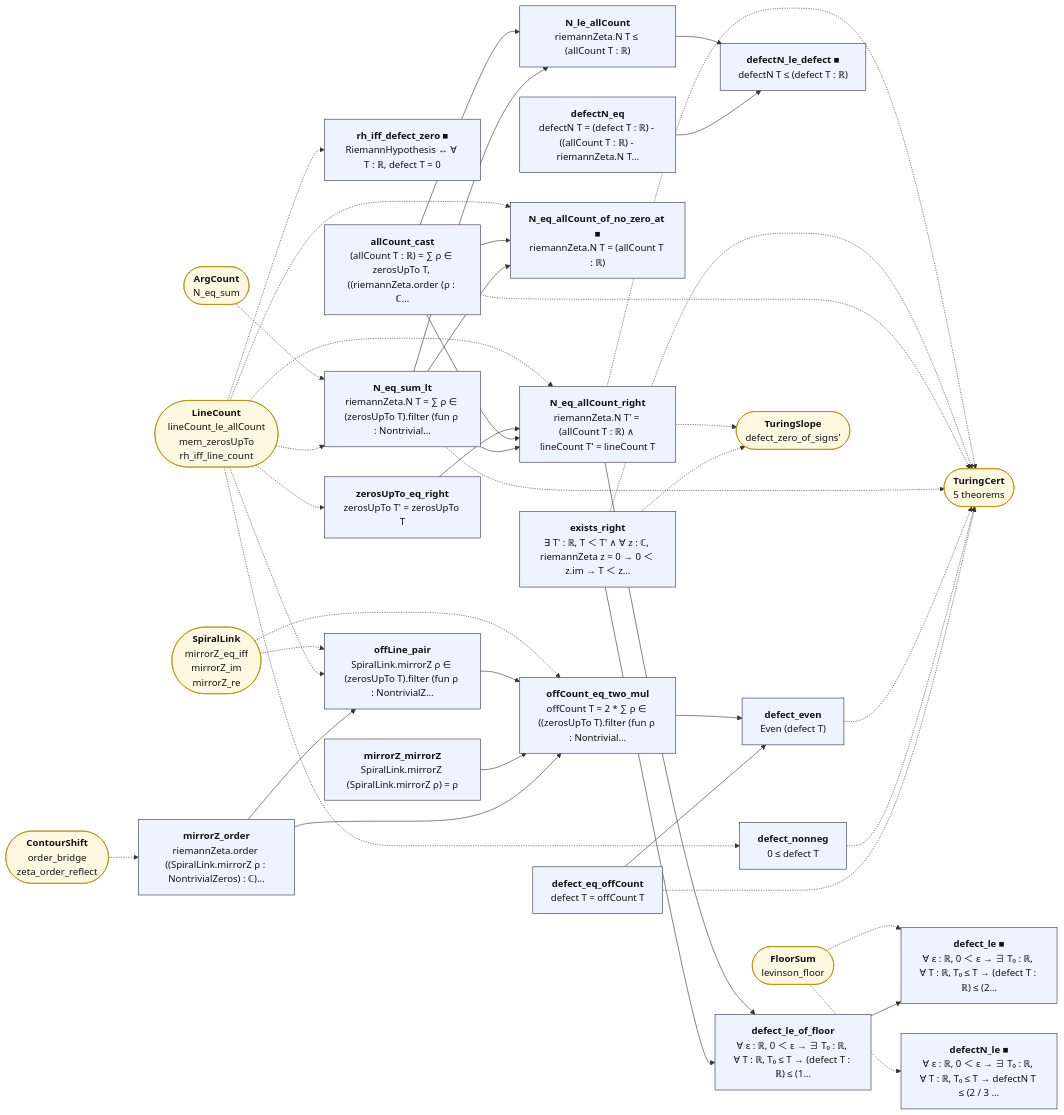
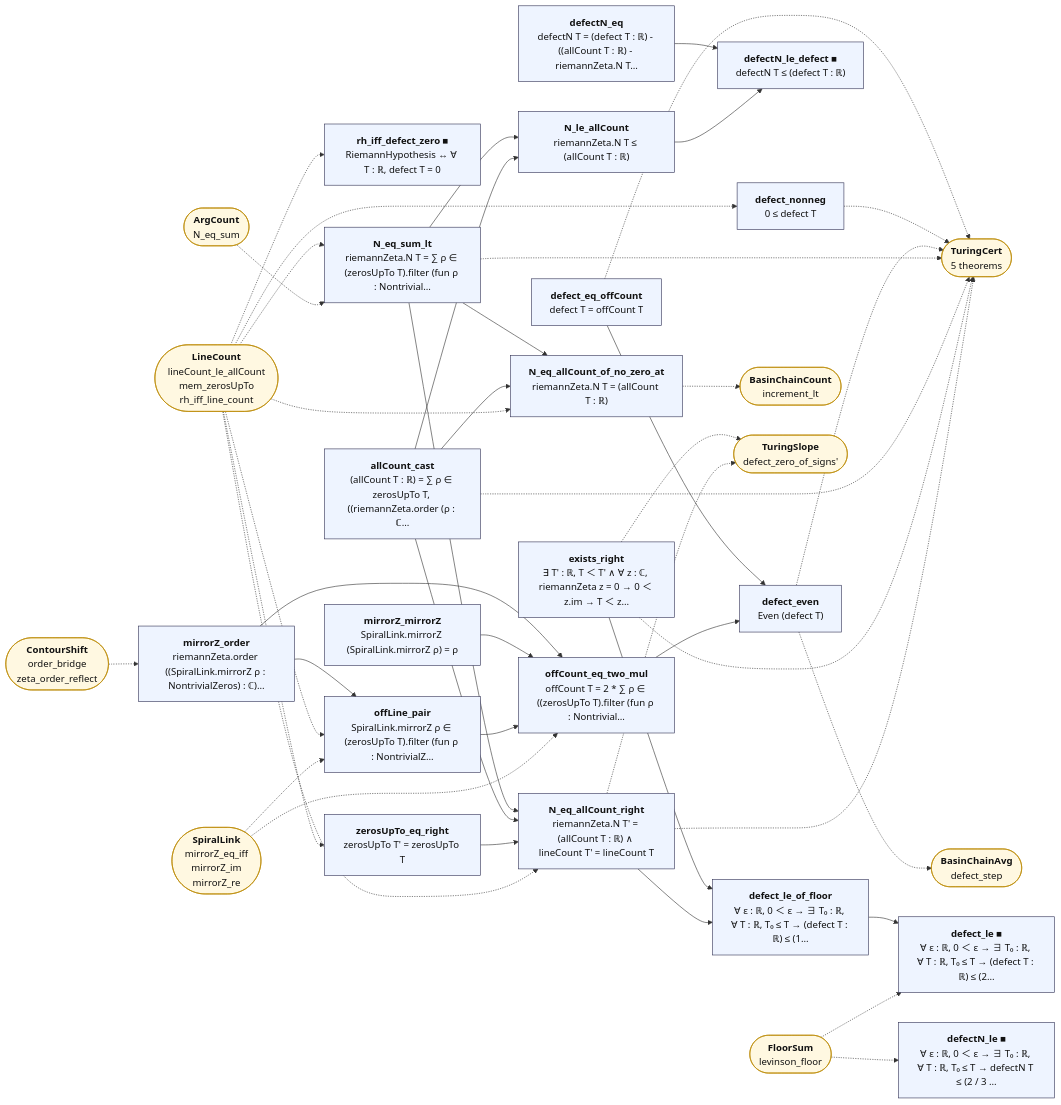
One commit to juliansambranojr/Primebeat_081426 changed the diagram in map/lean_stage3/Defect.md. Above: the diagram before and after it, drawn with Mermaid. The commit also changed other lines of this file and 60 other files, not shown here.

````diff
--- a/map/lean_stage3/Defect.md
+++ b/map/lean_stage3/Defect.md
@@ -14,78 +14,82 @@
 ```mermaid
 flowchart LR
   n0["<b>defect_eq_offCount</b><br/>defect T = offCount T"]:::thm
   n1["<b>defect_nonneg</b><br/>0 ≤ defect T"]:::thm
   n2["<b>rh_iff_defect_zero ■</b><br/>RiemannHypothesis ↔ ∀ T : ℝ, defect T = 0"]:::thm
   n3["<b>N_eq_sum_lt</b><br/>riemannZeta.N T = ∑ ρ ∈ (zerosUpTo T).filter (fun ρ : Nontrivial…"]:::thm
   n4["<b>allCount_cast</b><br/>(allCount T : ℝ) = ∑ ρ ∈ zerosUpTo T, ((riemannZeta.order (ρ : ℂ…"]:::thm
   n5["<b>N_le_allCount</b><br/>riemannZeta.N T ≤ (allCount T : ℝ)"]:::thm
-  n6["<b>N_eq_allCount_of_no_zero_at ■</b><br/>riemannZeta.N T = (allCount T : ℝ)"]:::thm
+  n6["<b>N_eq_allCount_of_no_zero_at</b><br/>riemannZeta.N T = (allCount T : ℝ)"]:::thm
   n7["<b>exists_right</b><br/>∃ T' : ℝ, T ＜ T' ∧ ∀ z : ℂ, riemannZeta z = 0 → 0 ＜ z.im → T ＜ z…"]:::thm
   n8["<b>zerosUpTo_eq_right</b><br/>zerosUpTo T' = zerosUpTo T"]:::thm
   n9["<b>N_eq_allCount_right</b><br/>riemannZeta.N T' = (allCount T : ℝ) ∧ lineCount T' = lineCount T"]:::thm
   n10["<b>defectN_eq</b><br/>defectN T = (defect T : ℝ) - ((allCount T : ℝ) - riemannZeta.N T…"]:::thm
   n11["<b>defectN_le_defect ■</b><br/>defectN T ≤ (defect T : ℝ)"]:::thm
   n12["<b>mirrorZ_order</b><br/>riemannZeta.order ((SpiralLink.mirrorZ ρ : NontrivialZeros) : ℂ)…"]:::thm
   n13["<b>mirrorZ_mirrorZ</b><br/>SpiralLink.mirrorZ (SpiralLink.mirrorZ ρ) = ρ"]:::thm
   n14["<b>offLine_pair</b><br/>SpiralLink.mirrorZ ρ ∈ (zerosUpTo T).filter (fun ρ : NontrivialZ…"]:::thm
   n15["<b>offCount_eq_two_mul</b><br/>offCount T = 2 * ∑ ρ ∈ ((zerosUpTo T).filter (fun ρ : Nontrivial…"]:::thm
   n16["<b>defect_even</b><br/>Even (defect T)"]:::thm
   n17["<b>defect_le_of_floor</b><br/>∀ ε : ℝ, 0 ＜ ε → ∃ T₀ : ℝ, ∀ T : ℝ, T₀ ≤ T → (defect T : ℝ) ≤ (1…"]:::thm
   n18["<b>defect_le ■</b><br/>∀ ε : ℝ, 0 ＜ ε → ∃ T₀ : ℝ, ∀ T : ℝ, T₀ ≤ T → (defect T : ℝ) ≤ (2…"]:::thm
   n19["<b>defectN_le ■</b><br/>∀ ε : ℝ, 0 ＜ ε → ∃ T₀ : ℝ, ∀ T : ℝ, T₀ ≤ T → defectN T ≤ (2 / 3 …"]:::thm
   x0(["<b>TuringCert</b><br/>5 theorems"]):::ext
   x1(["<b>LineCount</b><br/>lineCount_le_allCount<br/>mem_zerosUpTo<br/>rh_iff_line_count"]):::ext
   x2(["<b>ArgCount</b><br/>N_eq_sum"]):::ext
-  x3(["<b>TuringSlope</b><br/>defect_zero_of_signs'"]):::ext
-  x4(["<b>ContourShift</b><br/>order_bridge<br/>zeta_order_reflect"]):::ext
-  x5(["<b>SpiralLink</b><br/>mirrorZ_eq_iff<br/>mirrorZ_im<br/>mirrorZ_re"]):::ext
-  x6(["<b>FloorSum</b><br/>levinson_floor"]):::ext
+  x3(["<b>BasinChainCount</b><br/>increment_lt"]):::ext
+  x4(["<b>TuringSlope</b><br/>defect_zero_of_signs'"]):::ext
+  x5(["<b>ContourShift</b><br/>order_bridge<br/>zeta_order_reflect"]):::ext
+  x6(["<b>SpiralLink</b><br/>mirrorZ_eq_iff<br/>mirrorZ_im<br/>mirrorZ_re"]):::ext
+  x7(["<b>BasinChainAvg</b><br/>defect_step"]):::ext
+  x8(["<b>FloorSum</b><br/>levinson_floor"]):::ext
   n0 --> n16
   n10 --> n11
   n12 --> n14
   n12 --> n15
   n13 --> n15
   n14 --> n15
   n15 --> n16
   n17 --> n18
   n3 --> n5
   n3 --> n6
   n3 --> n9
   n4 --> n5
   n4 --> n6
   n4 --> n9
   n5 --> n11
   n7 --> n17
   n8 --> n9
   n9 --> n17
   n0 -.-> x0
   n1 -.-> x0
   n16 -.-> x0
+  n16 -.-> x7
   n3 -.-> x0
   n4 -.-> x0
+  n6 -.-> x3
   n7 -.-> x0
-  n7 -.-> x3
+  n7 -.-> x4
   n9 -.-> x0
-  n9 -.-> x3
+  n9 -.-> x4
   x1 -.-> n1
   x1 -.-> n14
   x1 -.-> n2
   x1 -.-> n3
   x1 -.-> n6
   x1 -.-> n8
   x1 -.-> n9
   x2 -.-> n3
-  x4 -.-> n12
-  x5 -.-> n14
-  x5 -.-> n15
-  x6 -.-> n18
-  x6 -.-> n19
+  x5 -.-> n12
+  x6 -.-> n14
+  x6 -.-> n15
+  x8 -.-> n18
+  x8 -.-> n19
   classDef cnt fill:#dff5ec,stroke:#17694a,color:#111
   classDef shp fill:#f1ecfb,stroke:#5b3fa0,color:#111
   classDef rh fill:#ffe5e5,stroke:#c22,color:#111,stroke-width:2px
   classDef thm fill:#eef4ff,stroke:#335,color:#111
   classDef end_ fill:#e7f7e7,stroke:#2a7,color:#111,stroke-width:2px
   classDef lone fill:#fff,stroke:#999,color:#111,stroke-dasharray:4 3
   classDef bad fill:#ffe5e5,stroke:#c22,color:#111,stroke-width:2px
   classDef ext fill:#fff8e1,stroke:#b80,color:#111
 ```
````
